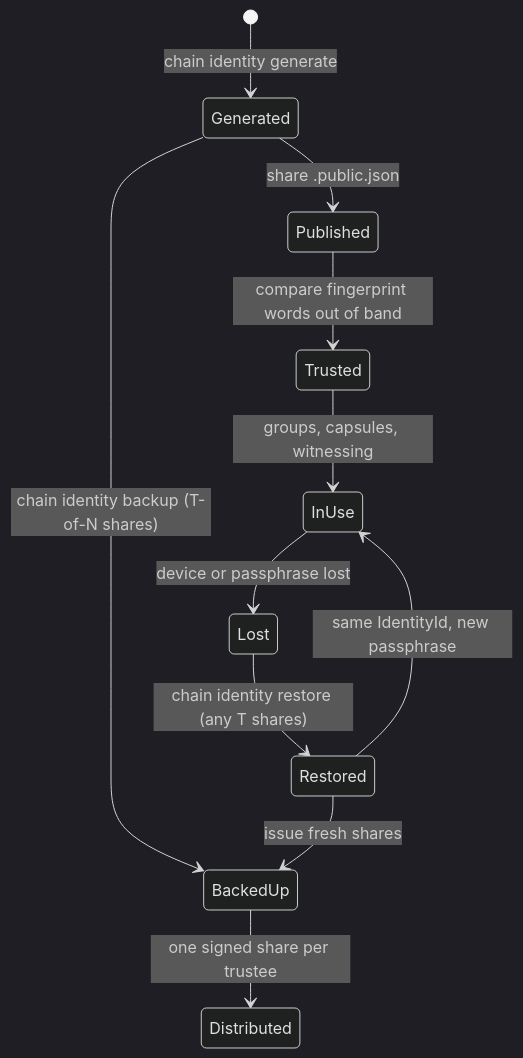
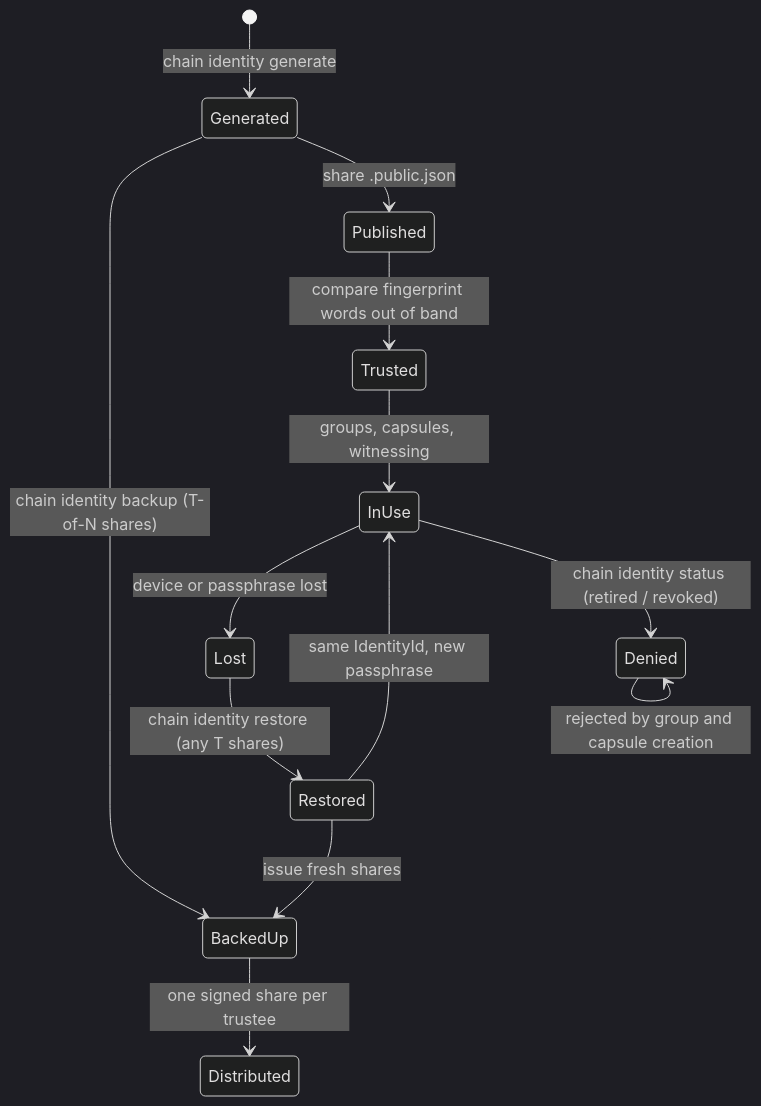
The fourth of 10 diagrams in docs/flows.md (pedro5g/Rebyte), drawn with Mermaid (dark theme) before and after one commit. The commit also changed other lines of this file and 4 other files, not shown here.

Commit message:
docs(chain): document status, hardening, explain and challenge

````diff
--- a/docs/flows.md
+++ b/docs/flows.md
@@ -63,13 +63,15 @@
 ```mermaid
 stateDiagram-v2
     [*] --> Generated: chain identity generate
     Generated --> Published: share .public.json
     Published --> Trusted: compare fingerprint words out of band
     Generated --> BackedUp: chain identity backup (T-of-N shares)
     BackedUp --> Distributed: one signed share per trustee
     Trusted --> InUse: groups, capsules, witnessing
     InUse --> Lost: device or passphrase lost
     Lost --> Restored: chain identity restore (any T shares)
     Restored --> BackedUp: issue fresh shares
     Restored --> InUse: same IdentityId, new passphrase
+    InUse --> Denied: chain identity status (retired / revoked)
+    Denied --> Denied: rejected by group and capsule creation
 ```
````
